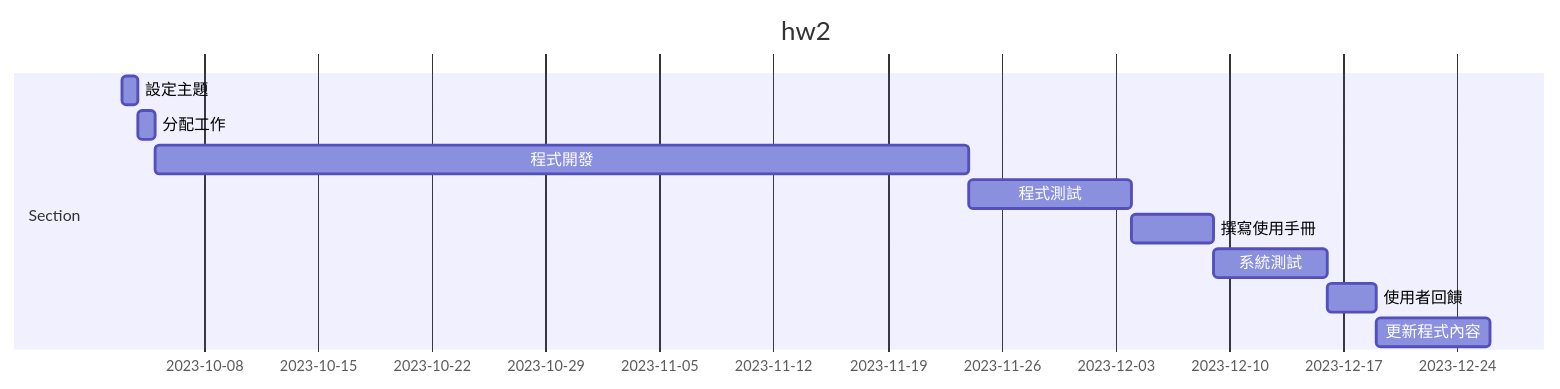
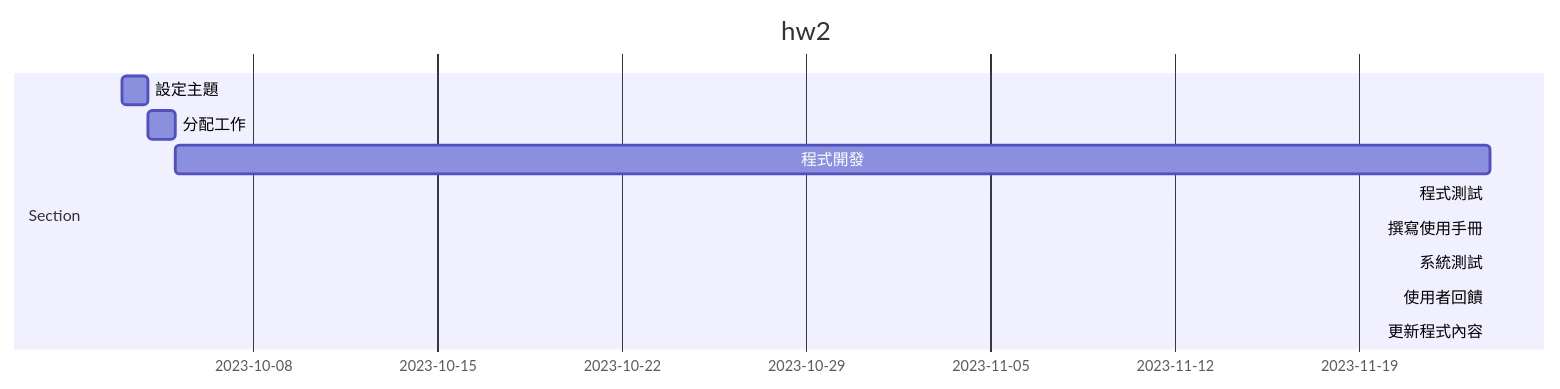
Before and after one commit to xinyi1201/Group5: the diagram in hw2.md, drawn with Mermaid. The commit also changed other lines of this file, not shown here.

````diff
--- a/hw2.md
+++ b/hw2.md
@@ -14,14 +14,14 @@
 ```mermaid
 gantt
     title hw2
 
     section Section
     設定主題     :a1, 2023-10-03, 0.5d
     分配工作     :a2, after a1, 0.5d
     程式開發     :a3, after a2 , 50d
-    程式測試     :a4, after a3  , 10d
-    撰寫使用手冊 :a5, after  a4  , 5d
-    系統測試     :a6, after a5  , 7d
-    使用者回饋    :a7, after a6 , 3d
-    更新程式內容  :a8, after a7 , 7d
+    程式測試     :a4, after a3  , 10d 3
+    撰寫使用手冊 :a5, after  a4  , 5d 2
+    系統測試     :a6, after a5  , 7d 2
+    使用者回饋    :a7, after a6 , 3d 5
+    更新程式內容  :a8, after a7 , 7d 3
 ```
````
